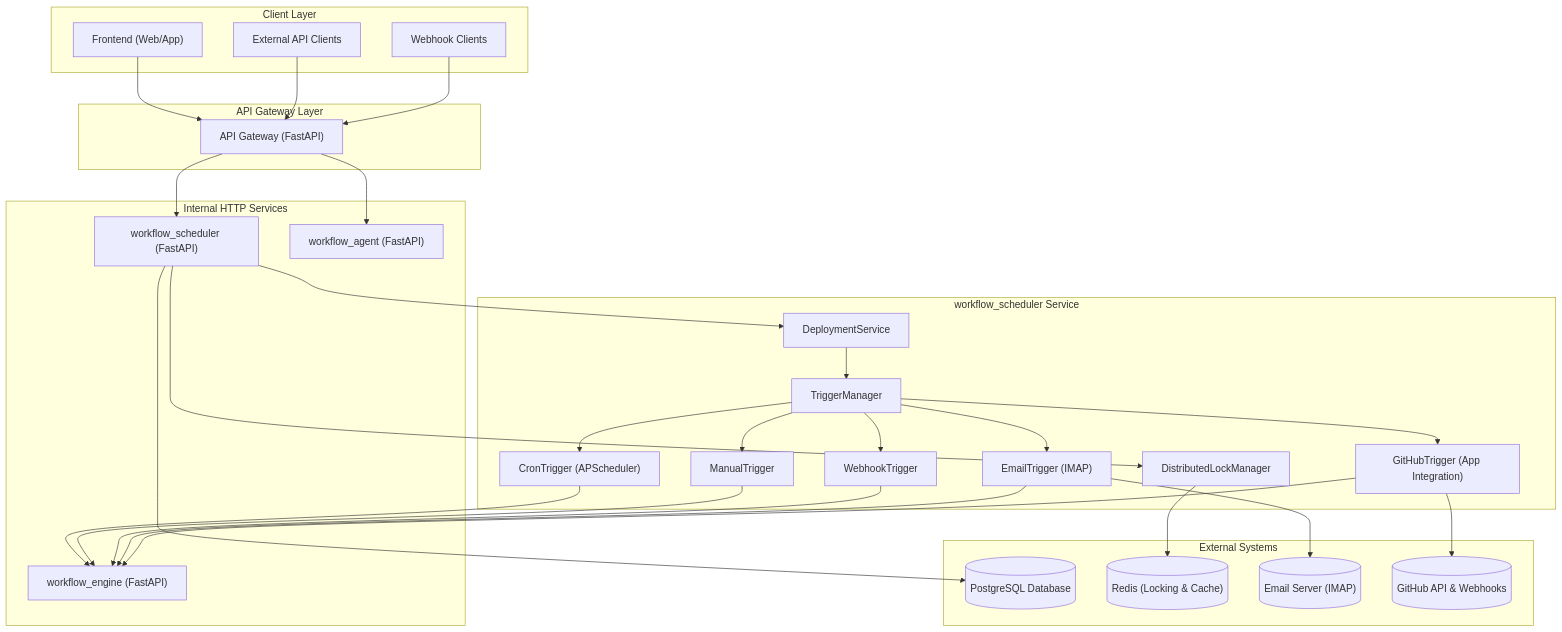
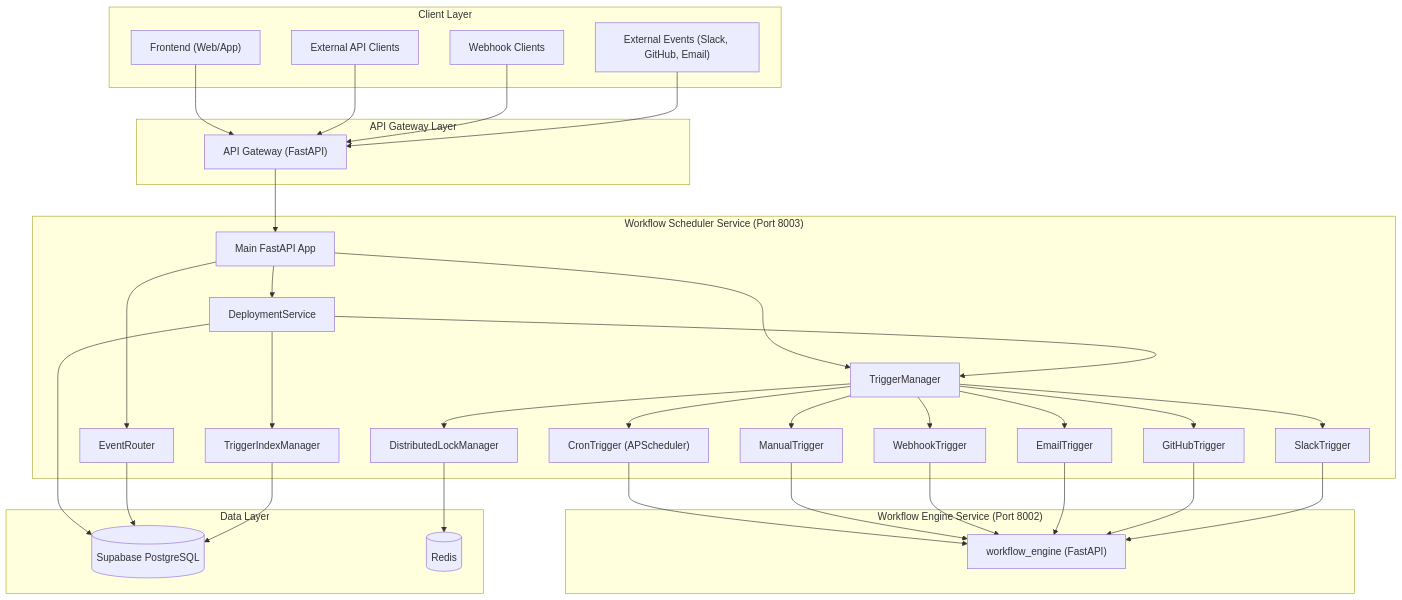
The first of 9 diagrams in docs/tech-design/workflow-scheduler-architecture.md (CurvatureX/agent_team_monorepo), drawn with Mermaid before and after one commit. The commit also changed other lines of this file and 22 other files, not shown here.

````diff
--- a/docs/tech-design/workflow-scheduler-architecture.md
+++ b/docs/tech-design/workflow-scheduler-architecture.md
@@ -30,70 +27,73 @@
 ```mermaid
 graph TD
     subgraph "Client Layer"
         UI["Frontend (Web/App)"]
         API_CLIENTS["External API Clients"]
         WEBHOOK_CLIENTS["Webhook Clients"]
+        EXTERNAL_EVENTS["External Events (Slack, GitHub, Email)"]
     end
 
     subgraph "API Gateway Layer"
         API_GATEWAY["API Gateway (FastAPI)"]
     end
 
-    subgraph "Internal HTTP Services"
-        WF_SCHEDULER["workflow_scheduler (FastAPI)"]
-        WF_AGENT["workflow_agent (FastAPI)"]
-        WF_ENGINE["workflow_engine (FastAPI)"]
-    end
-
-    subgraph "workflow_scheduler Service"
+    subgraph "Workflow Scheduler Service (Port 8003)"
+        MAIN["Main FastAPI App"]
         DEPLOY_SERVICE["DeploymentService"]
         TRIGGER_MANAGER["TriggerManager"]
+        EVENT_ROUTER["EventRouter"]
 
         CRON_TRIGGER["CronTrigger (APScheduler)"]
         MANUAL_TRIGGER["ManualTrigger"]
         WEBHOOK_TRIGGER["WebhookTrigger"]
-        EMAIL_TRIGGER["EmailTrigger (IMAP)"]
-        GITHUB_TRIGGER["GitHubTrigger (App Integration)"]
-        DISTRIBUTED_LOCK["DistributedLockManager"]
+        EMAIL_TRIGGER["EmailTrigger"]
+        GITHUB_TRIGGER["GitHubTrigger"]
+        SLACK_TRIGGER["SlackTrigger"]
+
+        TRIGGER_INDEX_MGR["TriggerIndexManager"]
+        LOCK_MGR["DistributedLockManager"]
     end
 
-    subgraph "External Systems"
-        POSTGRES[("PostgreSQL Database")]
-        REDIS[("Redis (Locking & Cache)")]
-        EMAIL_SERVER[("Email Server (IMAP)")]
-        GITHUB_API[("GitHub API & Webhooks")]
+    subgraph "Workflow Engine Service (Port 8002)"
+        WF_ENGINE["workflow_engine (FastAPI)"]
     end
 
-    %% Client connections
+    subgraph "Data Layer"
+        SUPABASE[("Supabase PostgreSQL")]
+        REDIS[("Redis")]
+    end
+
     UI --> API_GATEWAY
     API_CLIENTS --> API_GATEWAY
     WEBHOOK_CLIENTS --> API_GATEWAY
+    EXTERNAL_EVENTS --> API_GATEWAY
 
-    %% API Gateway to internal services
-    API_GATEWAY --> WF_SCHEDULER
-    API_GATEWAY --> WF_AGENT
+    API_GATEWAY --> MAIN
 
-    %% Internal service connections
-    WF_SCHEDULER --> DEPLOY_SERVICE
+    MAIN --> DEPLOY_SERVICE
+    MAIN --> TRIGGER_MANAGER
+    MAIN --> EVENT_ROUTER
+
     DEPLOY_SERVICE --> TRIGGER_MANAGER
+    DEPLOY_SERVICE --> TRIGGER_INDEX_MGR
+    DEPLOY_SERVICE --> SUPABASE
 
     TRIGGER_MANAGER --> CRON_TRIGGER
     TRIGGER_MANAGER --> MANUAL_TRIGGER
     TRIGGER_MANAGER --> WEBHOOK_TRIGGER
     TRIGGER_MANAGER --> EMAIL_TRIGGER
     TRIGGER_MANAGER --> GITHUB_TRIGGER
+    TRIGGER_MANAGER --> SLACK_TRIGGER
+    TRIGGER_MANAGER --> LOCK_MGR
 
-    %% All triggers call workflow_engine
     CRON_TRIGGER --> WF_ENGINE
     MANUAL_TRIGGER --> WF_ENGINE
     WEBHOOK_TRIGGER --> WF_ENGINE
     EMAIL_TRIGGER --> WF_ENGINE
     GITHUB_TRIGGER --> WF_ENGINE
+    SLACK_TRIGGER --> WF_ENGINE
 
-    %% Data and external connections
-    WF_SCHEDULER --> DISTRIBUTED_LOCK
-    WF_SCHEDULER --> POSTGRES
-    DISTRIBUTED_LOCK --> REDIS
-    EMAIL_TRIGGER --> EMAIL_SERVER
-    GITHUB_TRIGGER --> GITHUB_API
+    EVENT_ROUTER --> SUPABASE
+    TRIGGER_INDEX_MGR --> SUPABASE
+    LOCK_MGR --> REDIS
 ```
````
